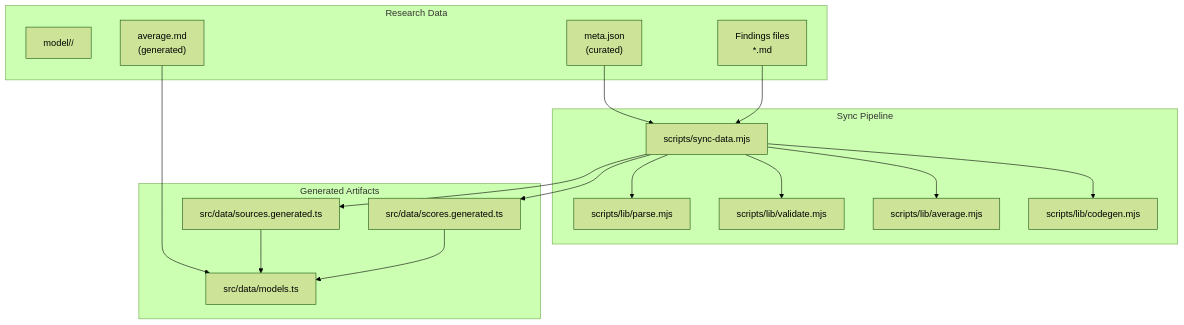
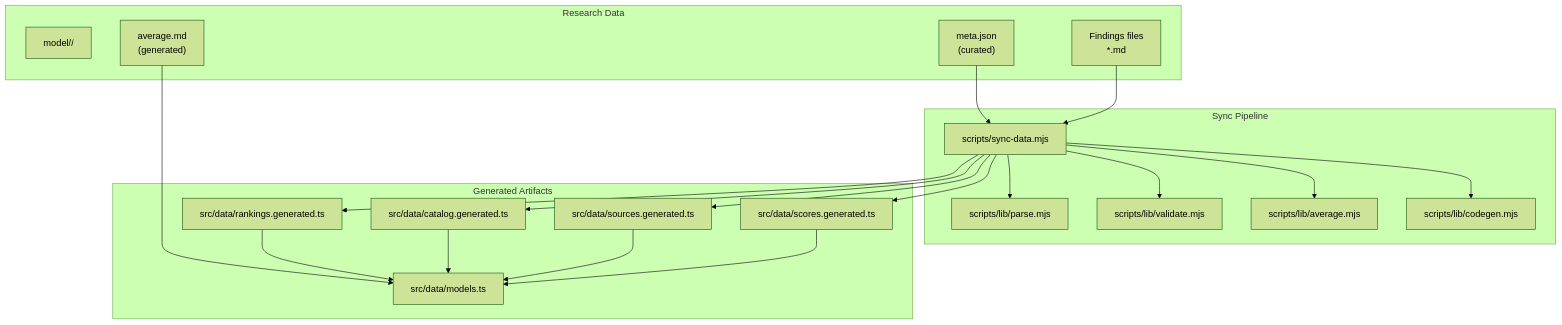
One commit to delirium-dj/modelcomp changed the first of 16 diagrams in .qoder/repowiki/en/content/Data Management System/Data Management System.md. Above: the diagram before and after it, drawn with Mermaid (forest theme). The commit also changed other lines of this file and 188 other files, not shown here.

````diff
--- a/.qoder/repowiki/en/content/Data Management System/Data Management System.md
+++ b/.qoder/repowiki/en/content/Data Management System/Data Management System.md
@@ -54,32 +68,38 @@
 ```mermaid
 graph TB
 subgraph "Research Data"
 M["model/<slug>/"]
 F["Findings files<br/>*.md"]
 A["average.md<br/>(generated)"]
 J["meta.json<br/>(curated)"]
 end
 subgraph "Sync Pipeline"
 S["scripts/sync-data.mjs"]
 P["scripts/lib/parse.mjs"]
 V["scripts/lib/validate.mjs"]
 AV["scripts/lib/average.mjs"]
 CG["scripts/lib/codegen.mjs"]
 end
 subgraph "Generated Artifacts"
 SG["src/data/scores.generated.ts"]
 SS["src/data/sources.generated.ts"]
+SC["src/data/catalog.generated.ts"]
+SR["src/data/rankings.generated.ts"]
 MD["src/data/models.ts"]
 end
 F --> S
 J --> S
 S --> P
 S --> V
 S --> AV
 S --> CG
 S --> SG
 S --> SS
+S --> SC
+S --> SR
 SG --> MD
 SS --> MD
+SC --> MD
+SR --> MD
 A --> MD
 ```
````
